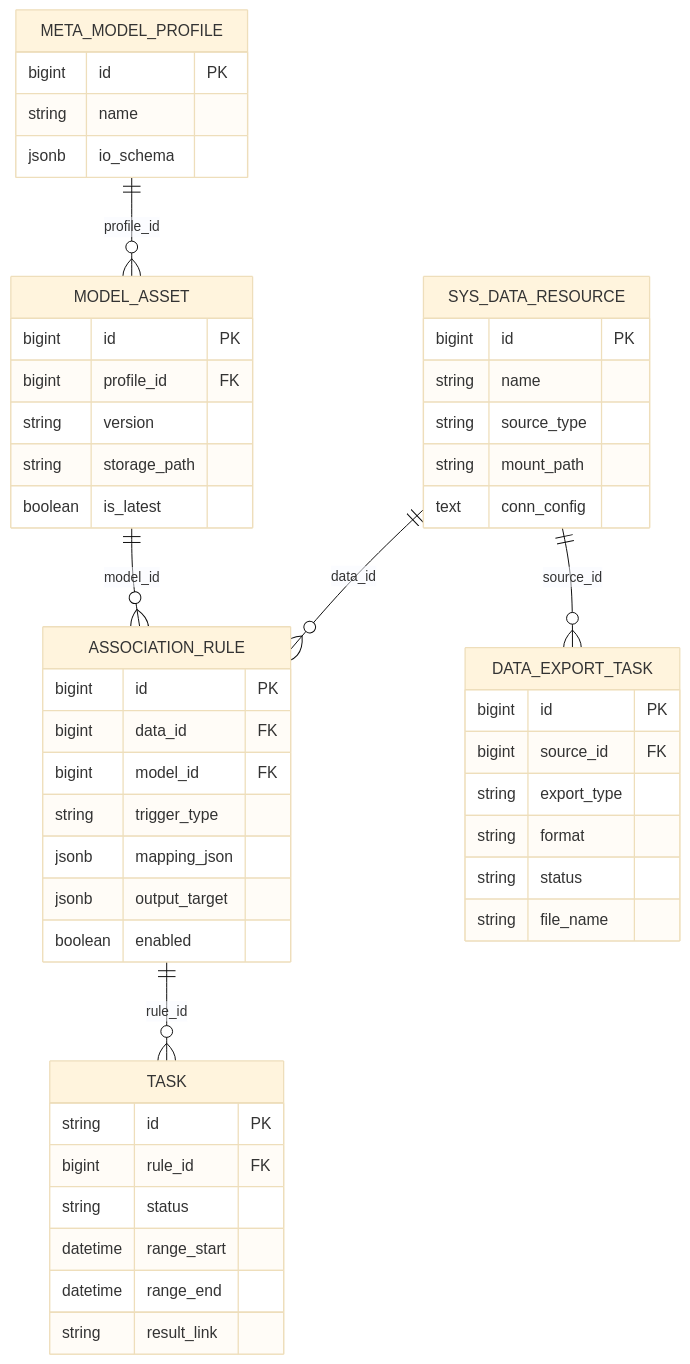
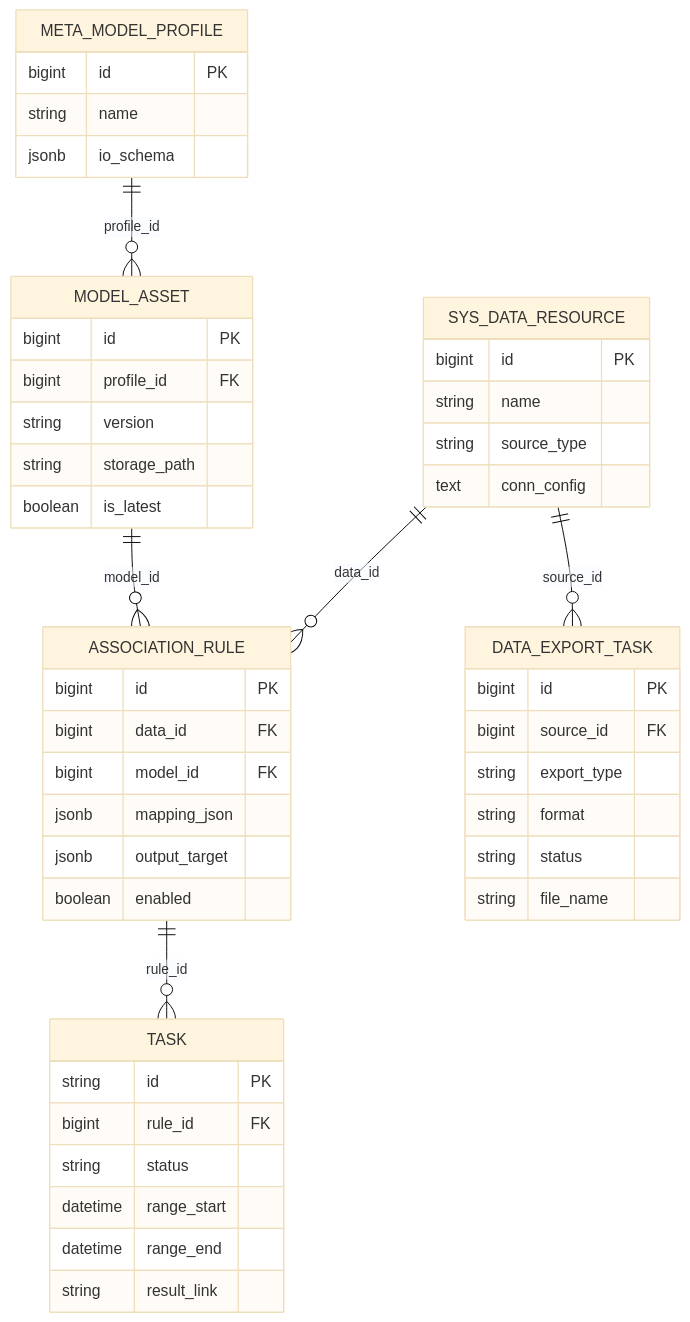
The diagram in code/iginx-assoc-backend/docs/design/diagrams/src/core-er-model-er.mmd (IGinX-THU/DataModelCoManagement), drawn with Mermaid (base theme) before and after one commit. The commit also changed 24 other files, not shown here.

```diff
--- a/code/iginx-assoc-backend/docs/design/diagrams/src/core-er-model-er.mmd
+++ b/code/iginx-assoc-backend/docs/design/diagrams/src/core-er-model-er.mmd
@@ -1,51 +1,49 @@
 erDiagram
     SYS_DATA_RESOURCE ||--o{ ASSOCIATION_RULE : "data_id"
     MODEL_ASSET ||--o{ ASSOCIATION_RULE : "model_id"
     META_MODEL_PROFILE ||--o{ MODEL_ASSET : "profile_id"
     ASSOCIATION_RULE ||--o{ TASK : "rule_id"
     SYS_DATA_RESOURCE ||--o{ DATA_EXPORT_TASK : "source_id"
 
     SYS_DATA_RESOURCE {
         bigint id PK
         string name
         string source_type
-        string mount_path
         text conn_config
     }
     META_MODEL_PROFILE {
         bigint id PK
         string name
         jsonb io_schema
     }
     MODEL_ASSET {
         bigint id PK
         bigint profile_id FK
         string version
         string storage_path
         boolean is_latest
     }
     ASSOCIATION_RULE {
         bigint id PK
         bigint data_id FK
         bigint model_id FK
-        string trigger_type
         jsonb mapping_json
         jsonb output_target
         boolean enabled
     }
     TASK {
         string id PK
         bigint rule_id FK
         string status
         datetime range_start
         datetime range_end
         string result_link
     }
     DATA_EXPORT_TASK {
         bigint id PK
         bigint source_id FK
         string export_type
         string format
         string status
         string file_name
     }
```
